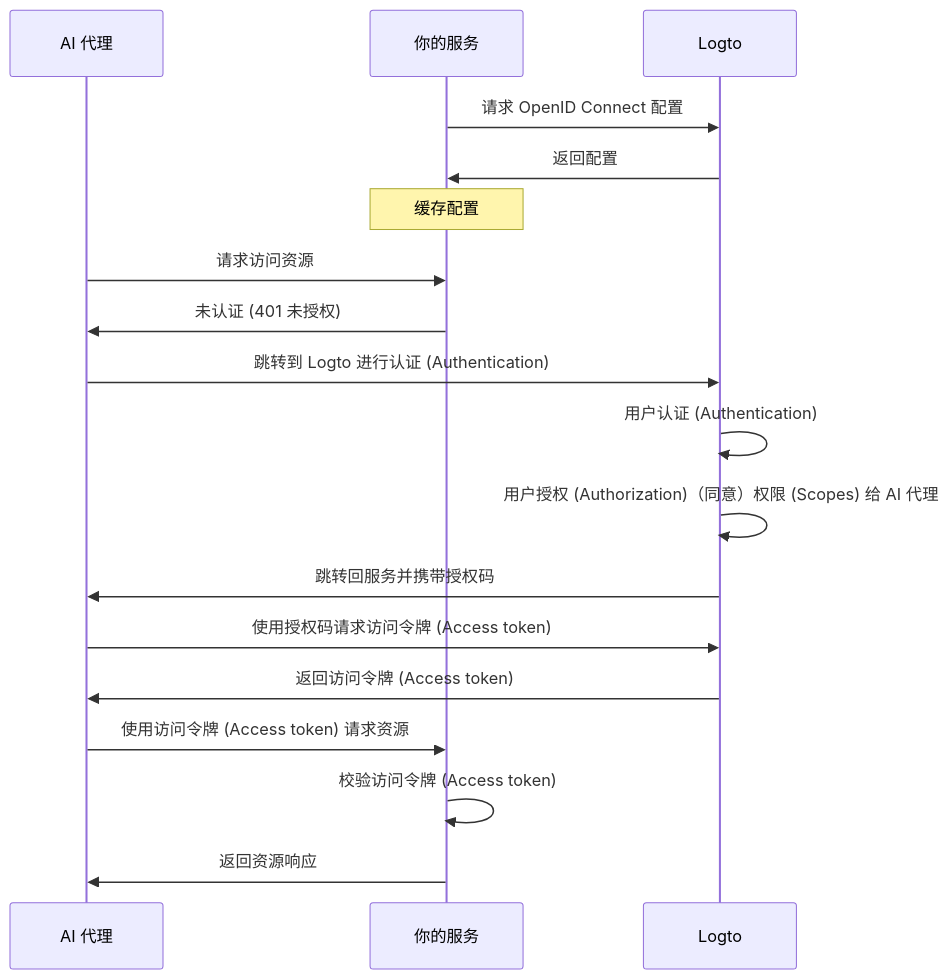
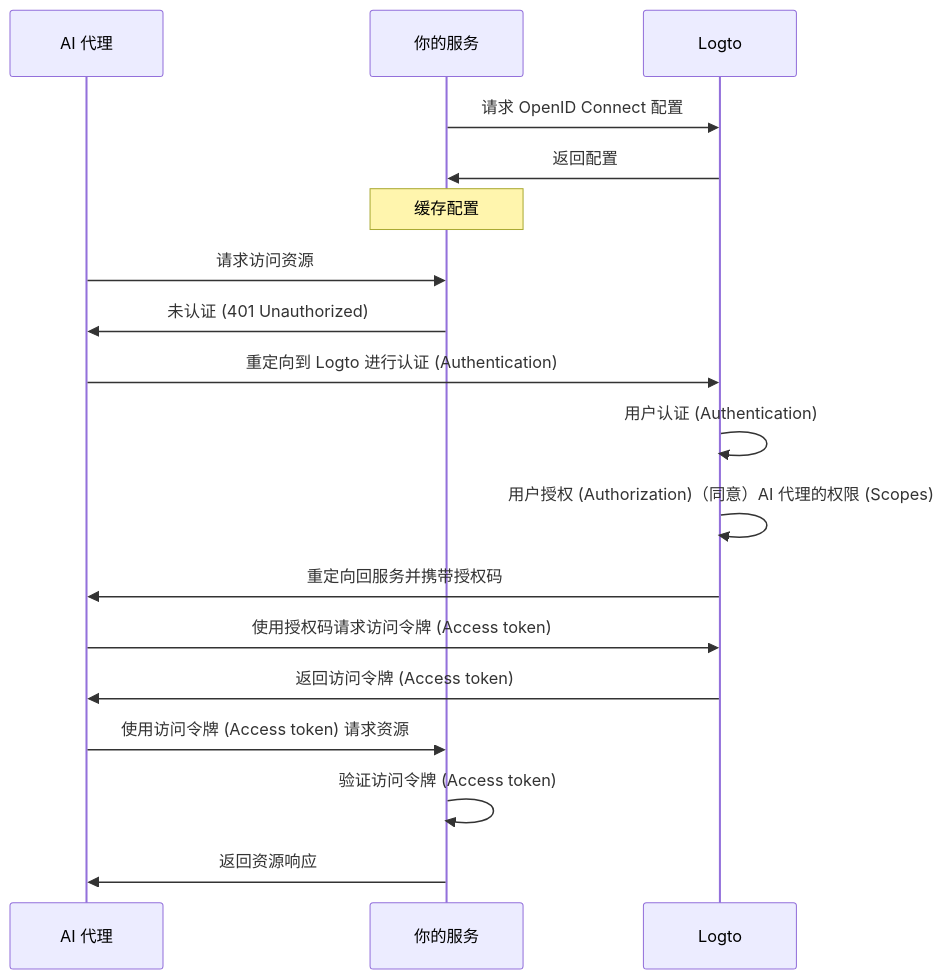
One commit to logto-io/docs changed the diagram in i18n/zh-CN/docusaurus-plugin-content-docs/current/use-cases/ai/enable-third-party-ai-agent-access.mdx. Above: the diagram before and after it, drawn with Mermaid. The commit also changed other lines of this file and 89 other files, not shown here.

````diff
--- a/i18n/zh-CN/docusaurus-plugin-content-docs/current/use-cases/ai/enable-third-party-ai-agent-access.mdx
+++ b/i18n/zh-CN/docusaurus-plugin-content-docs/current/use-cases/ai/enable-third-party-ai-agent-access.mdx
@@ -61,21 +64,21 @@
 ```mermaid
 sequenceDiagram
     participant Agent as AI 代理
     participant Service as 你的服务
     participant Logto
 
     Service->>Logto: 请求 OpenID Connect 配置
     Logto->>Service: 返回配置
     Note over Service: 缓存配置
     Agent->>Service: 请求访问资源
-    Service->>Agent: 未认证 (401 未授权)
-    Agent->>Logto: 跳转到 Logto 进行认证 (Authentication)
+    Service->>Agent: 未认证 (401 Unauthorized)
+    Agent->>Logto: 重定向到 Logto 进行认证 (Authentication)
     Logto->>Logto: 用户认证 (Authentication)
-    Logto->>Logto: 用户授权 (Authorization)（同意）权限 (Scopes) 给 AI 代理
-    Logto->>Agent: 跳转回服务并携带授权码
+    Logto->>Logto: 用户授权 (Authorization)（同意）AI 代理的权限 (Scopes)
+    Logto->>Agent: 重定向回服务并携带授权码
     Agent->>Logto: 使用授权码请求访问令牌 (Access token)
     Logto->>Agent: 返回访问令牌 (Access token)
     Agent->>Service: 使用访问令牌 (Access token) 请求资源
-    Service->>Service: 校验访问令牌 (Access token)
+    Service->>Service: 验证访问令牌 (Access token)
     Service->>Agent: 返回资源响应
 ```
````
